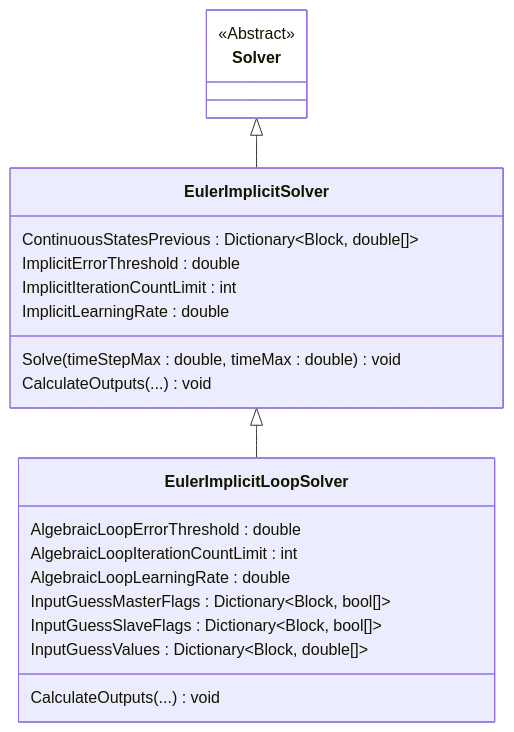
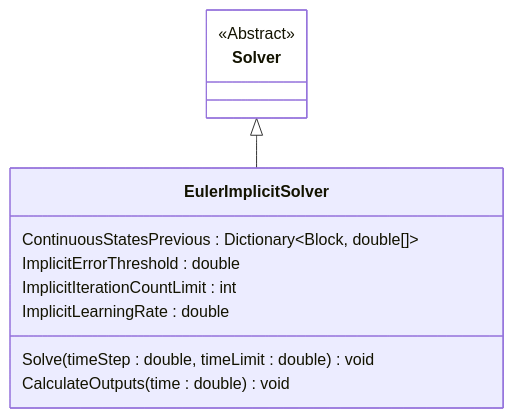
The diagram in Quellen/WS25/SFunctionContinuous/Solver.Implicit.mmd (ghackenberg/kurs-computer-simulation), drawn with Mermaid before and after one commit. The commit also changed 15 other files, not shown here.

```diff
--- a/Quellen/WS25/SFunctionContinuous/Solver.Implicit.mmd
+++ b/Quellen/WS25/SFunctionContinuous/Solver.Implicit.mmd
@@ -1,36 +1,23 @@
 classDiagram
 
     direction TB
 
     class Solver {
         <<Abstract>>
     }
 
     class EulerImplicitSolver {
         ContinuousStatesPrevious : Dictionary~Block, double[]~
-        
+
         ImplicitErrorThreshold : double
         ImplicitIterationCountLimit : int
         ImplicitLearningRate : double
 
-        Solve(timeStepMax : double, timeMax : double) void
+        Solve(timeStep : double, timeLimit : double) void
 
-        CalculateOutputs(...) void
-    }
-
-    class EulerImplicitLoopSolver {
-        AlgebraicLoopErrorThreshold : double
-        AlgebraicLoopIterationCountLimit : int
-        AlgebraicLoopLearningRate : double
-
-        InputGuessMasterFlags : Dictionary~Block, bool[]~
-        InputGuessSlaveFlags : Dictionary~Block, bool[]~
-        InputGuessValues : Dictionary~Block, double[]~
-
-        CalculateOutputs(...) void
+        CalculateOutputs(time : double) void
     }
 
     Solver <|-- EulerImplicitSolver
-    EulerImplicitSolver <|-- EulerImplicitLoopSolver
 
     style Solver fill:white
```
